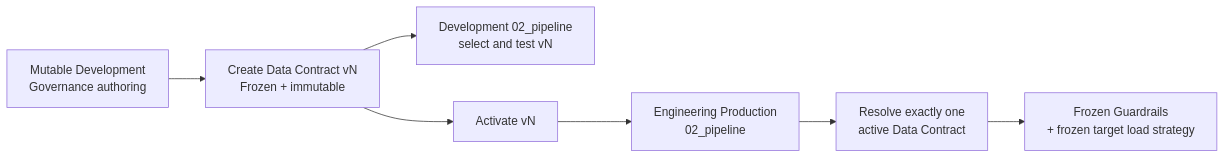
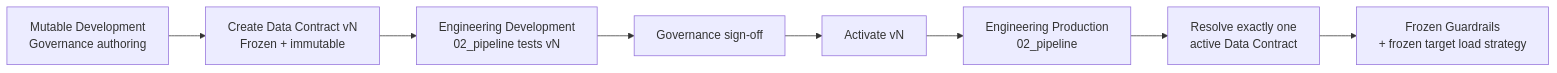
Before and after one commit to Voycepeh/FabricOps-Starter-Kit: the diagram in docs/guided-demo/05-create-data-contract.md, drawn with Mermaid. The commit also changed other lines of this file, not shown here.

````diff
--- a/docs/guided-demo/05-create-data-contract.md
+++ b/docs/guided-demo/05-create-data-contract.md
@@ -15,11 +15,10 @@
 ```mermaid
 flowchart LR
     AUTHOR["Mutable Development<br/>Governance authoring"] --> FREEZE["Create Data Contract vN<br/>Frozen + immutable"]
-
-    FREEZE --> TEST["Development 02_pipeline<br/>select and test vN"]
-    FREEZE --> ACTIVATE["Activate vN"]
-
+    FREEZE --> TEST["Engineering Development<br/>02_pipeline tests vN"]
+    TEST --> SIGNOFF["Governance sign-off"]
+    SIGNOFF --> ACTIVATE["Activate vN"]
     ACTIVATE --> PROD["Engineering Production<br/>02_pipeline"]
     PROD --> RESOLVE["Resolve exactly one<br/>active Data Contract"]
     RESOLVE --> RUN["Frozen Guardrails<br/>+ frozen target load strategy"]
 ```
````
